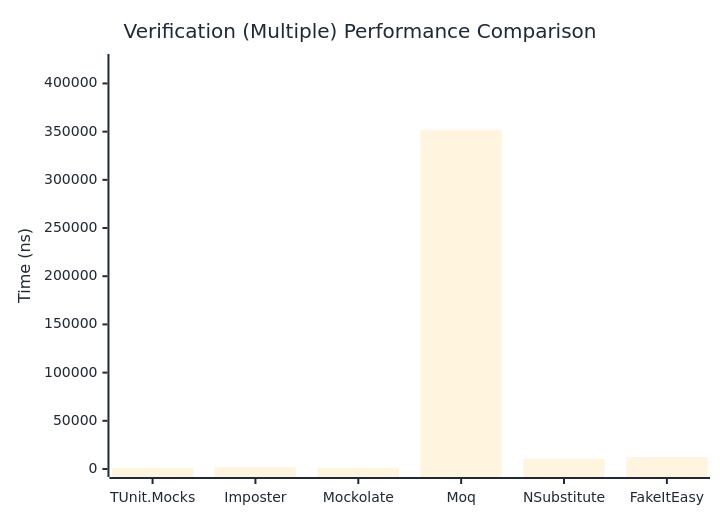
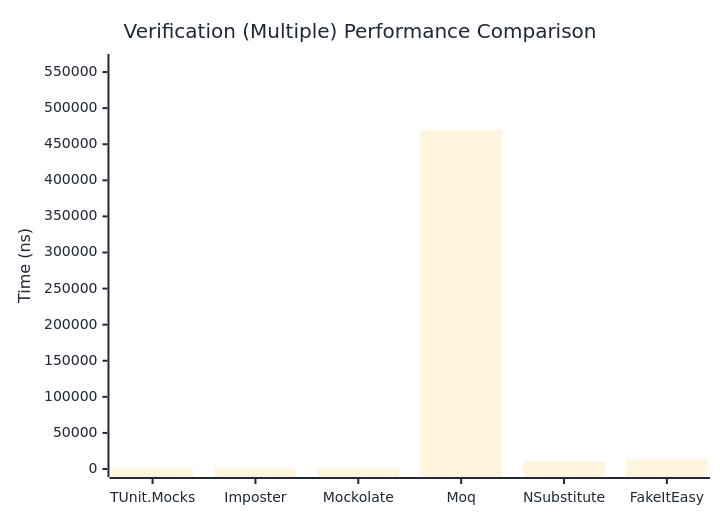
One commit to thomhurst/TUnit changed the third of 3 diagrams in docs/docs/benchmarks/mocks/Verification.md. Above: the diagram before and after it, drawn with Mermaid. The commit also changed other lines of this file and 14 other files, not shown here.

````diff
--- a/docs/docs/benchmarks/mocks/Verification.md
+++ b/docs/docs/benchmarks/mocks/Verification.md
@@ -110,27 +110,27 @@
 ```mermaid
 %%{init: {
   'theme':'base',
   'themeVariables': {
     'primaryColor': '#2563eb',
     'primaryTextColor': '#1f2937',
     'primaryBorderColor': '#1e40af',
     'lineColor': '#6b7280',
     'secondaryColor': '#7c3aed',
     'tertiaryColor': '#dc2626',
     'background': '#ffffff',
     'pie1': '#2563eb',
     'pie2': '#7c3aed',
     'pie3': '#dc2626',
     'pie4': '#f59e0b',
     'pie5': '#10b981',
     'pie6': '#06b6d4',
     'pie7': '#ec4899',
     'pie8': '#6366f1'
   }
 }}%%
 xychart-beta
   title "Verification (Multiple) Performance Comparison"
   x-axis ["TUnit.Mocks", "Imposter", "Mockolate", "Moq", "NSubstitute", "FakeItEasy"]
-  y-axis "Time (ns)" 0 --> 422254
-  bar [1200.53, 1836.41, 1266.53, 351877.55, 10598.54, 12434.19]
+  y-axis "Time (ns)" 0 --> 563952
+  bar [1096.19, 1692.78, 1123.05, 469959.98, 10952.86, 13670.33]
 ```
````
